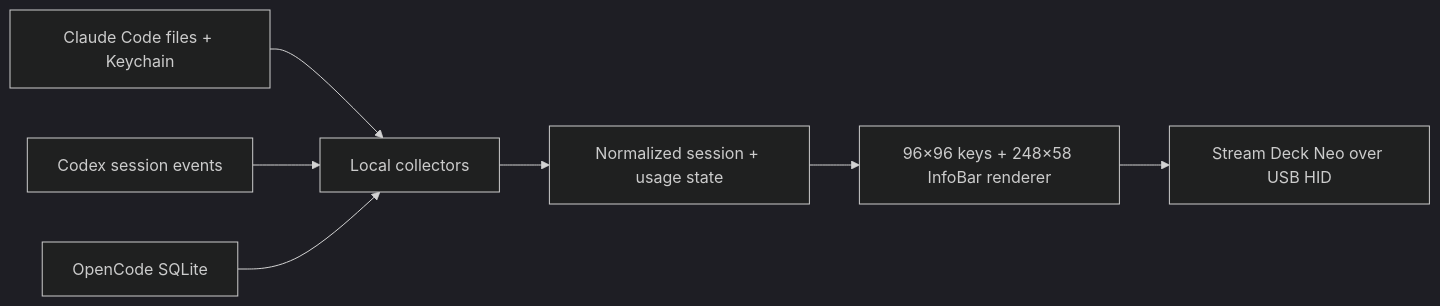
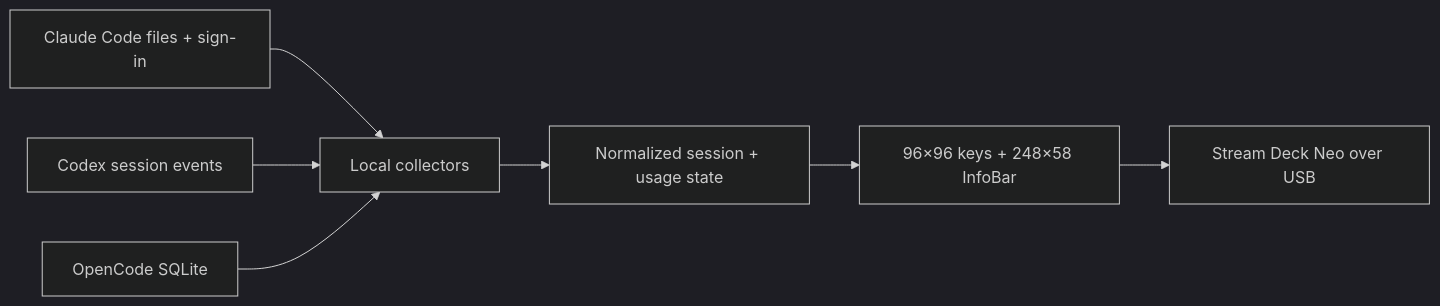
Before and after one commit to m-a-b-u/neo-agent-deck: the diagram in README.md, drawn with Mermaid (dark theme). The commit also changed other lines of this file and 25 other files, not shown here.

````diff
--- a/README.md
+++ b/README.md
@@ -111,9 +126,9 @@
 ```mermaid
 flowchart LR
-  C["Claude Code files + Keychain"] --> D["Local collectors"]
+  C["Claude Code files + sign-in"] --> D["Local collectors"]
   X["Codex session events"] --> D
   O["OpenCode SQLite"] --> D
   D --> S["Normalized session + usage state"]
-  S --> R["96×96 keys + 248×58 InfoBar renderer"]
-  R --> N["Stream Deck Neo over USB HID"]
+  S --> R["96×96 keys + 248×58 InfoBar"]
+  R --> N["Stream Deck Neo over USB"]
 ```
````
